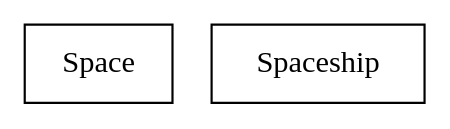
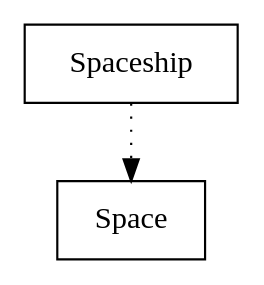
The diagram in bdp/SpaceshipAsteroidsArcadeGame.dot (brionmario/b-specification-spaceship-asteroids-game), drawn with Graphviz before and after one commit. The commit also changed 3 other files, not shown here.

```diff
--- a/bdp/SpaceshipAsteroidsArcadeGame.dot
+++ b/bdp/SpaceshipAsteroidsArcadeGame.dot
@@ -1,5 +1,6 @@
 digraph {
 Space [ label=" Space " shape= box ]
 Spaceship [ label=" Spaceship " shape= box ]
 
+"Spaceship" -> "Space" [style= dotted ]
 }
```
